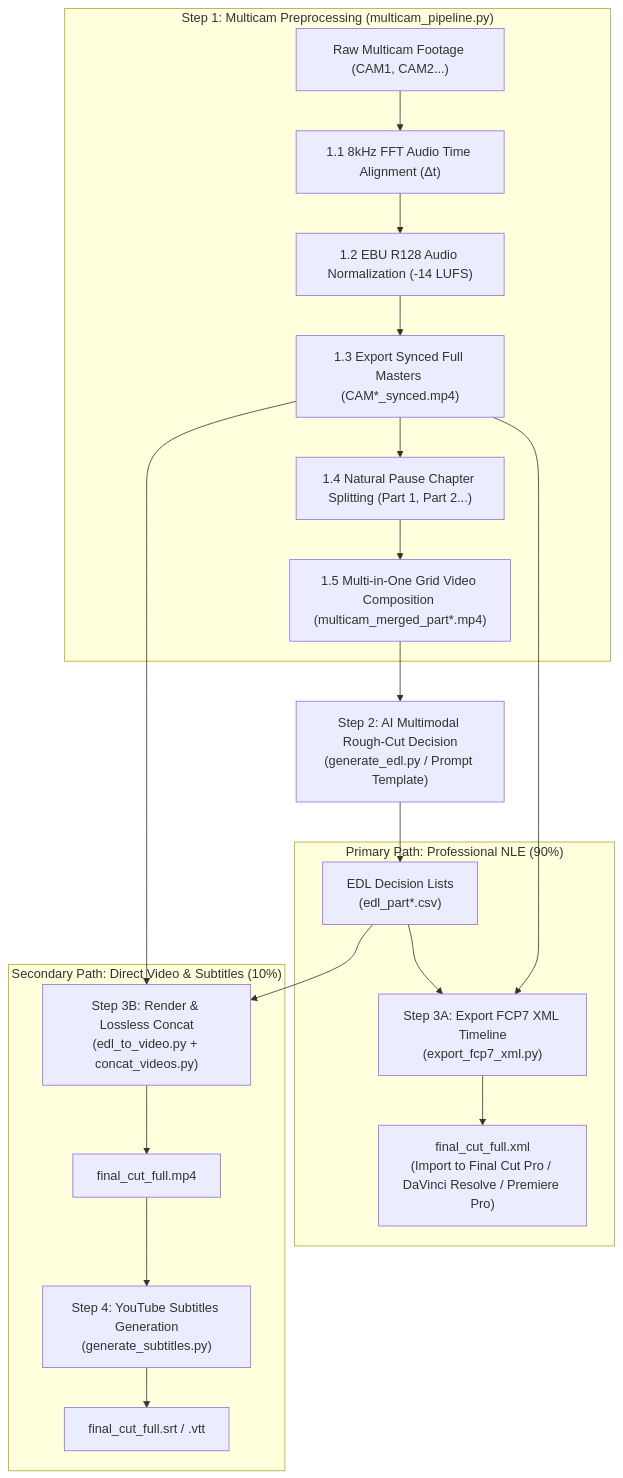
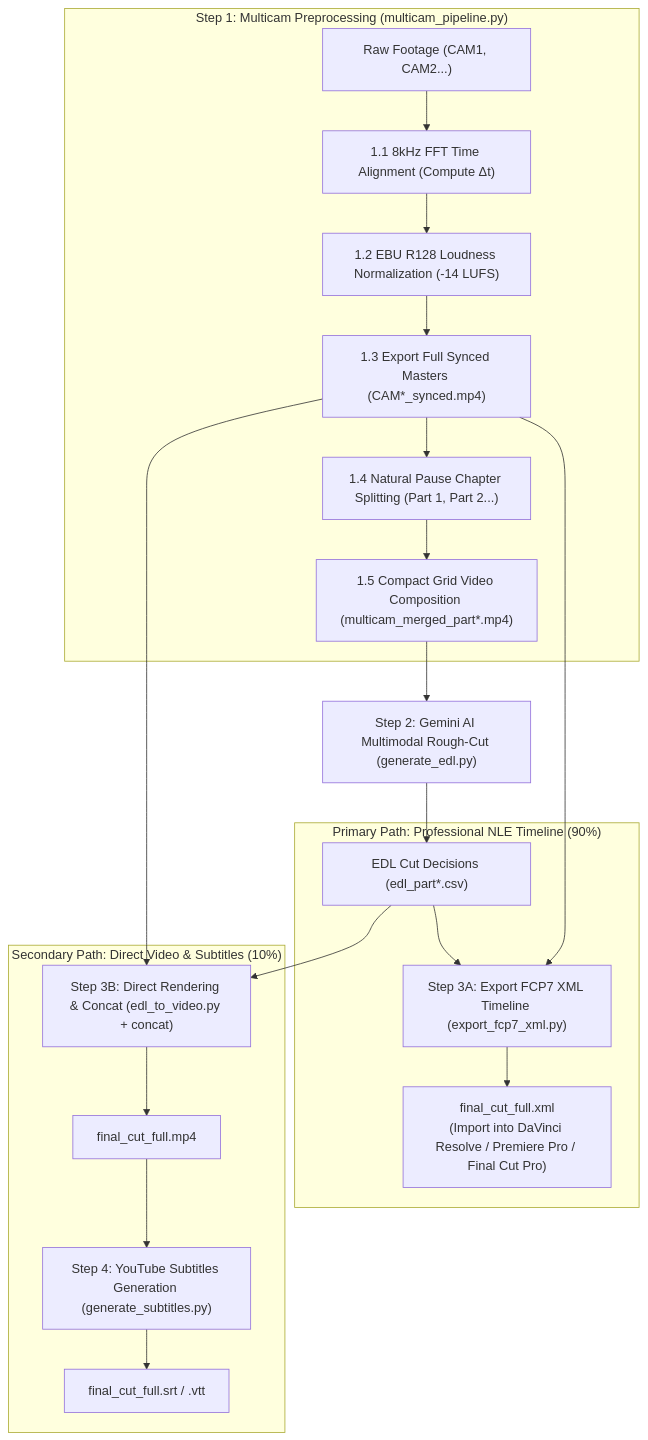
One commit to sylphlin/multicam-video-preprocessing changed the diagram in README.md. Above: the diagram before and after it, drawn with Mermaid. The commit also changed other lines of this file and 8 other files, not shown here.

Commit message:
refactor(docs): orthogonalize rules, workflows, skills, and align READMEs with native Antigravity architecture

````diff
--- a/README.md
+++ b/README.md
@@ -53,27 +55,27 @@
 ```mermaid
 flowchart TD
     subgraph S1["Step 1: Multicam Preprocessing (multicam_pipeline.py)"]
-        A["Raw Multicam Footage (CAM1, CAM2...)"] --> S1_1["1.1 8kHz FFT Audio Time Alignment (Δt)"]
-        S1_1 --> S1_2["1.2 EBU R128 Audio Normalization (-14 LUFS)"]
-        S1_2 --> S1_3["1.3 Export Synced Full Masters (CAM*_synced.mp4)"]
+        A["Raw Footage (CAM1, CAM2...)"] --> S1_1["1.1 8kHz FFT Time Alignment (Compute Δt)"]
+        S1_1 --> S1_2["1.2 EBU R128 Loudness Normalization (-14 LUFS)"]
+        S1_2 --> S1_3["1.3 Export Full Synced Masters (CAM*_synced.mp4)"]
         S1_3 --> S1_4["1.4 Natural Pause Chapter Splitting (Part 1, Part 2...)"]
-        S1_4 --> S1_5["1.5 Multi-in-One Grid Video Composition (multicam_merged_part*.mp4)"]
+        S1_4 --> S1_5["1.5 Compact Grid Video Composition (multicam_merged_part*.mp4)"]
     end
 
-    S1_5 --> S2["Step 2: AI Multimodal Rough-Cut Decision<br/>(generate_edl.py / Prompt Template)"]
-    S2 --> EDL["EDL Decision Lists<br/>(edl_part*.csv)"]
+    S1_5 --> S2["Step 2: Gemini AI Multimodal Rough-Cut (generate_edl.py)"]
+    S2 --> EDL["EDL Cut Decisions (edl_part*.csv)"]
 
-    subgraph S3A["Primary Path: Professional NLE (90%)"]
-        S1_3 --> S3A_ACT["Step 3A: Export FCP7 XML Timeline<br/>(export_fcp7_xml.py)"]
+    subgraph S3A["Primary Path: Professional NLE Timeline (90%)"]
+        S1_3 --> S3A_ACT["Step 3A: Export FCP7 XML Timeline (export_fcp7_xml.py)"]
         EDL --> S3A_ACT
-        S3A_ACT --> XML["final_cut_full.xml<br/>(Import to Final Cut Pro / DaVinci Resolve / Premiere Pro)"]
+        S3A_ACT --> XML["final_cut_full.xml<br/>(Import into DaVinci Resolve / Premiere Pro / Final Cut Pro)"]
     end
 
     subgraph S3B["Secondary Path: Direct Video & Subtitles (10%)"]
-        S1_3 --> S3B_ACT["Step 3B: Render & Lossless Concat<br/>(edl_to_video.py + concat_videos.py)"]
+        S1_3 --> S3B_ACT["Step 3B: Direct Rendering & Concat (edl_to_video.py + concat)"]
         EDL --> S3B_ACT
         S3B_ACT --> MP4["final_cut_full.mp4"]
-        MP4 --> S4["Step 4: YouTube Subtitles Generation<br/>(generate_subtitles.py)"]
+        MP4 --> S4["Step 4: YouTube Subtitles Generation (generate_subtitles.py)"]
         S4 --> SRT["final_cut_full.srt / .vtt"]
     end
 ```
````
